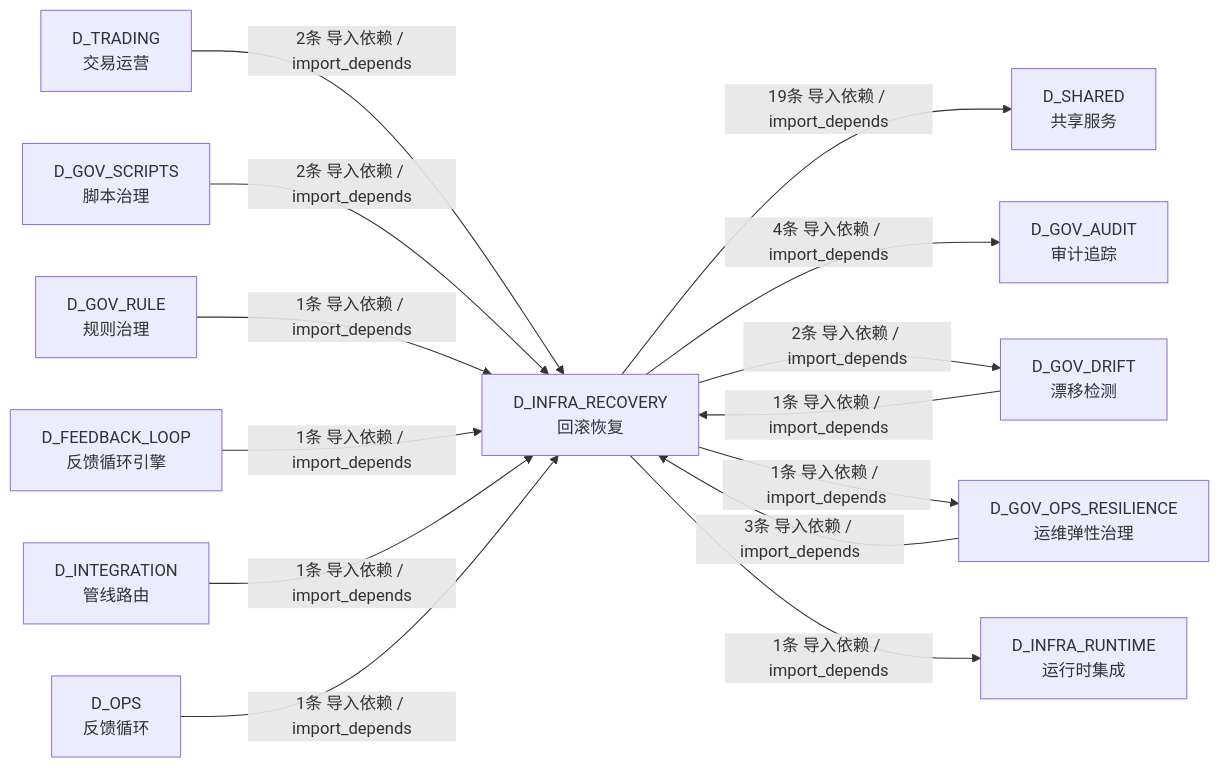
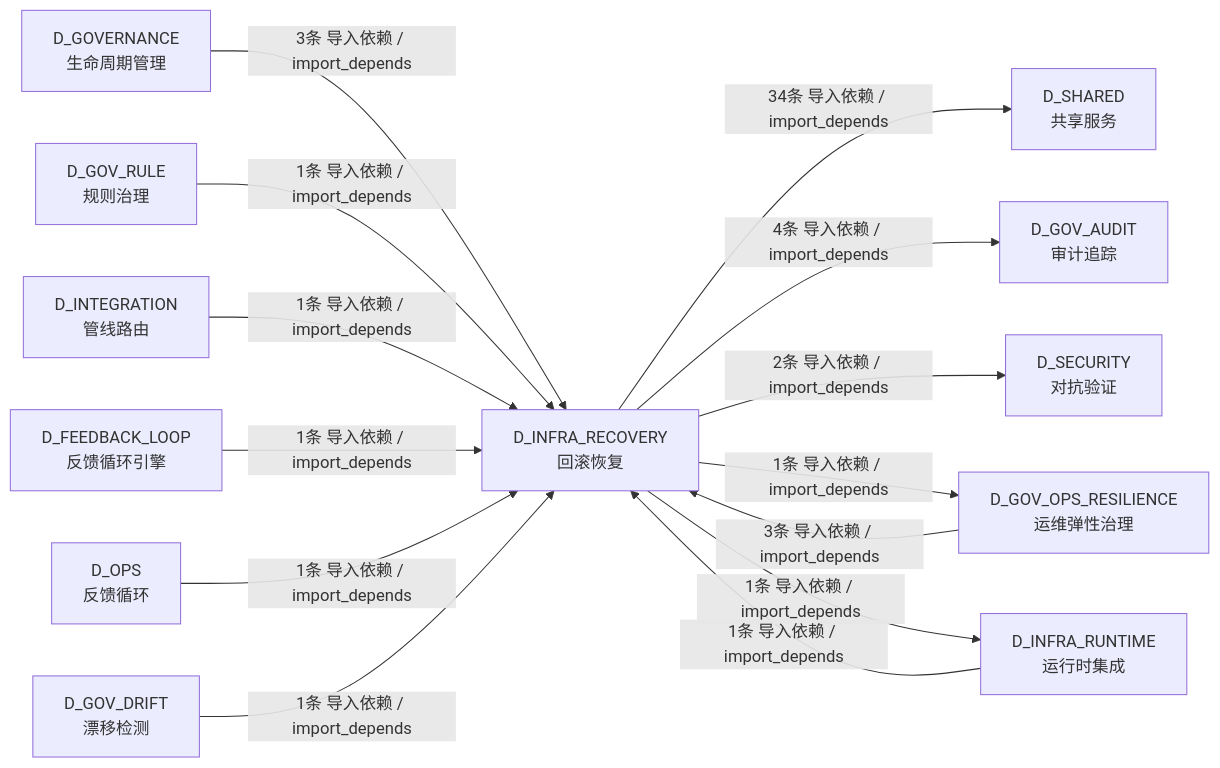
One commit to xuanFelixVan/ZephyrAlpha changed the fourth of 4 diagrams in docs/02_enterprise_architecture/02_domain_architecture_docs/05_d_infra_recovery.md. Above: the diagram before and after it, drawn with Mermaid. The commit also changed other lines of this file and 79 other files, not shown here.

````diff
--- a/docs/02_enterprise_architecture/02_domain_architecture_docs/05_d_infra_recovery.md
+++ b/docs/02_enterprise_architecture/02_domain_architecture_docs/05_d_infra_recovery.md
@@ -441,28 +459,28 @@
 ```mermaid
 graph LR
     D_INFRA_RECOVERY["D_INFRA_RECOVERY<br/>回滚恢复"]
     D_SHARED["D_SHARED<br/>共享服务"]
     D_GOV_AUDIT["D_GOV_AUDIT<br/>审计追踪"]
-    D_GOV_DRIFT["D_GOV_DRIFT<br/>漂移检测"]
+    D_SECURITY["D_SECURITY<br/>对抗验证"]
     D_GOV_OPS_RESILIENCE["D_GOV_OPS_RESILIENCE<br/>运维弹性治理"]
     D_INFRA_RUNTIME["D_INFRA_RUNTIME<br/>运行时集成"]
-    D_TRADING["D_TRADING<br/>交易运营"]
-    D_GOV_SCRIPTS["D_GOV_SCRIPTS<br/>脚本治理"]
+    D_GOVERNANCE["D_GOVERNANCE<br/>生命周期管理"]
     D_GOV_RULE["D_GOV_RULE<br/>规则治理"]
+    D_INTEGRATION["D_INTEGRATION<br/>管线路由"]
     D_FEEDBACK_LOOP["D_FEEDBACK_LOOP<br/>反馈循环引擎"]
-    D_INTEGRATION["D_INTEGRATION<br/>管线路由"]
     D_OPS["D_OPS<br/>反馈循环"]
-    D_INFRA_RECOVERY -->|19条 导入依赖 / import_depends| D_SHARED
+    D_GOV_DRIFT["D_GOV_DRIFT<br/>漂移检测"]
+    D_INFRA_RECOVERY -->|34条 导入依赖 / import_depends| D_SHARED
     D_INFRA_RECOVERY -->|4条 导入依赖 / import_depends| D_GOV_AUDIT
-    D_INFRA_RECOVERY -->|2条 导入依赖 / import_depends| D_GOV_DRIFT
+    D_INFRA_RECOVERY -->|2条 导入依赖 / import_depends| D_SECURITY
     D_INFRA_RECOVERY -->|1条 导入依赖 / import_depends| D_GOV_OPS_RESILIENCE
     D_INFRA_RECOVERY -->|1条 导入依赖 / import_depends| D_INFRA_RUNTIME
+    D_GOVERNANCE -->|3条 导入依赖 / import_depends| D_INFRA_RECOVERY
     D_GOV_OPS_RESILIENCE -->|3条 导入依赖 / import_depends| D_INFRA_RECOVERY
-    D_TRADING -->|2条 导入依赖 / import_depends| D_INFRA_RECOVERY
-    D_GOV_SCRIPTS -->|2条 导入依赖 / import_depends| D_INFRA_RECOVERY
     D_GOV_RULE -->|1条 导入依赖 / import_depends| D_INFRA_RECOVERY
+    D_INFRA_RUNTIME -->|1条 导入依赖 / import_depends| D_INFRA_RECOVERY
+    D_INTEGRATION -->|1条 导入依赖 / import_depends| D_INFRA_RECOVERY
     D_FEEDBACK_LOOP -->|1条 导入依赖 / import_depends| D_INFRA_RECOVERY
-    D_INTEGRATION -->|1条 导入依赖 / import_depends| D_INFRA_RECOVERY
     D_OPS -->|1条 导入依赖 / import_depends| D_INFRA_RECOVERY
     D_GOV_DRIFT -->|1条 导入依赖 / import_depends| D_INFRA_RECOVERY
 ```
````
